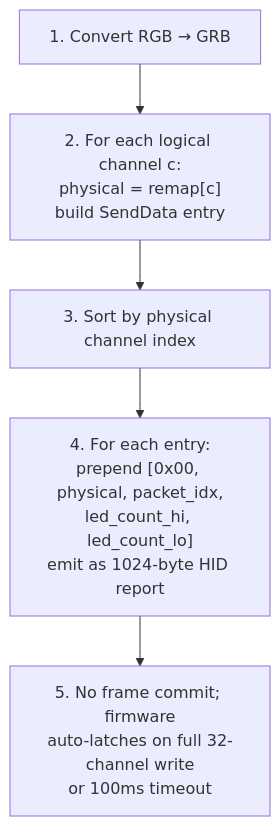
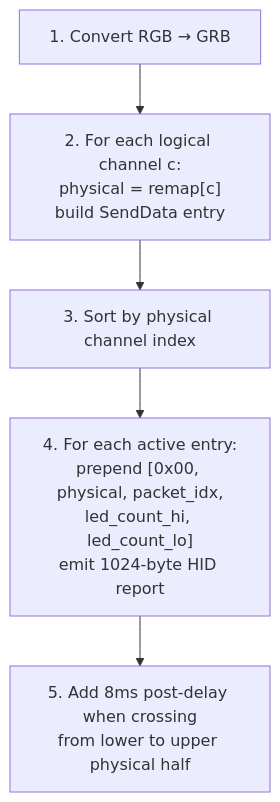
One commit to hyperb1iss/hypercolor changed the third of 3 diagrams in docs/specs/45-nollie-protocol-driver.md. Above: the diagram before and after it, drawn with Mermaid. The commit also changed other lines of this file, not shown here.

````diff
--- a/docs/specs/45-nollie-protocol-driver.md
+++ b/docs/specs/45-nollie-protocol-driver.md
@@ -815,9 +765,9 @@
 ```mermaid
 graph TD
     S1["1. Convert RGB → GRB"]
     S2["2. For each logical channel c:<br/>physical = remap[c]<br/>build SendData entry"]
     S3["3. Sort by physical channel index"]
-    S4["4. For each entry:<br/>prepend [0x00, physical, packet_idx,<br/>led_count_hi, led_count_lo]<br/>emit as 1024-byte HID report"]
-    S5["5. No frame commit; firmware<br/>auto-latches on full 32-channel write<br/>or 100ms timeout"]
+    S4["4. For each active entry:<br/>prepend [0x00, physical, packet_idx,<br/>led_count_hi, led_count_lo]<br/>emit 1024-byte HID report"]
+    S5["5. Add 8ms post-delay when crossing<br/>from lower to upper physical half"]
     S1 --> S2 --> S3 --> S4 --> S5
 ```
````
